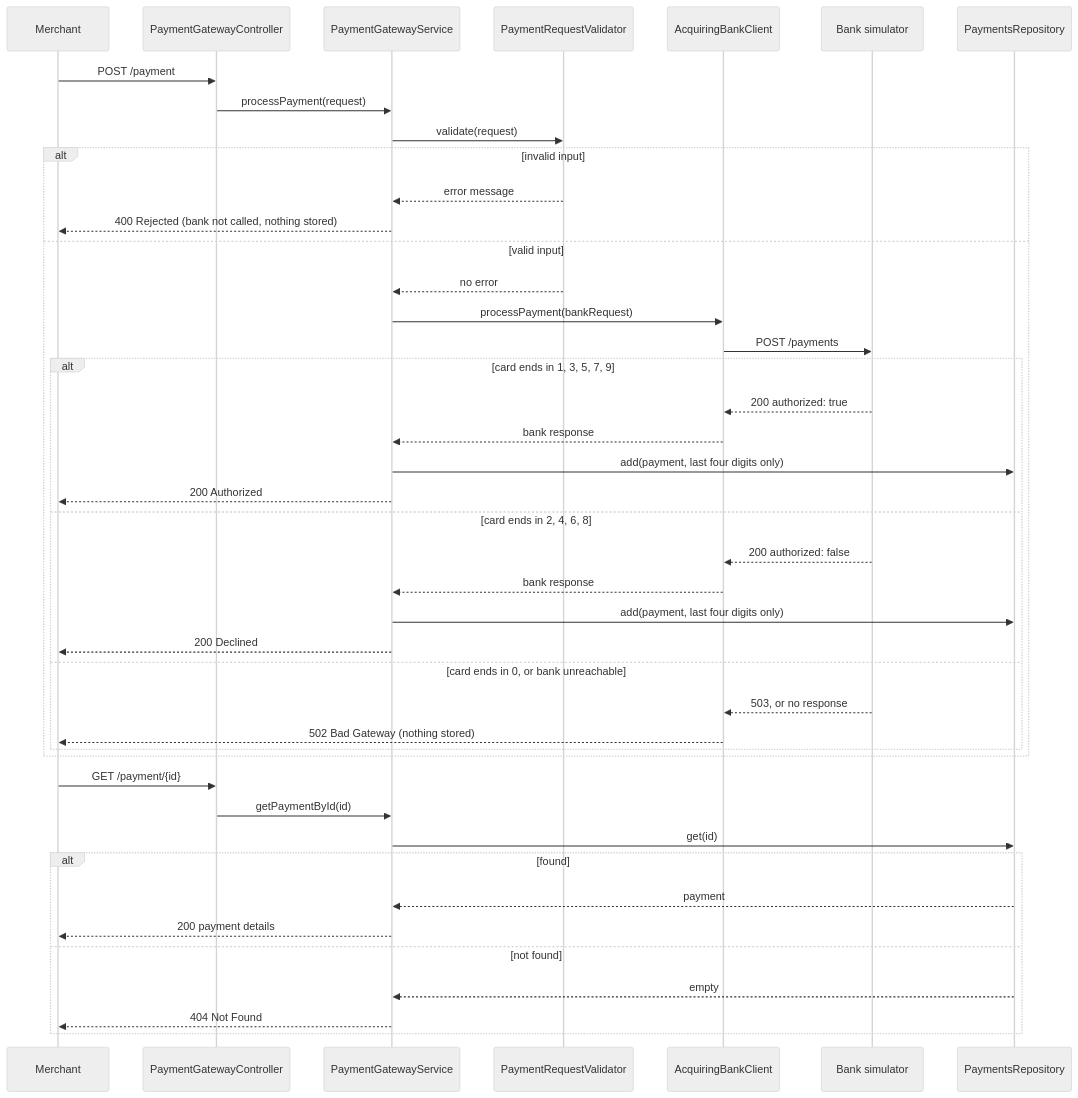
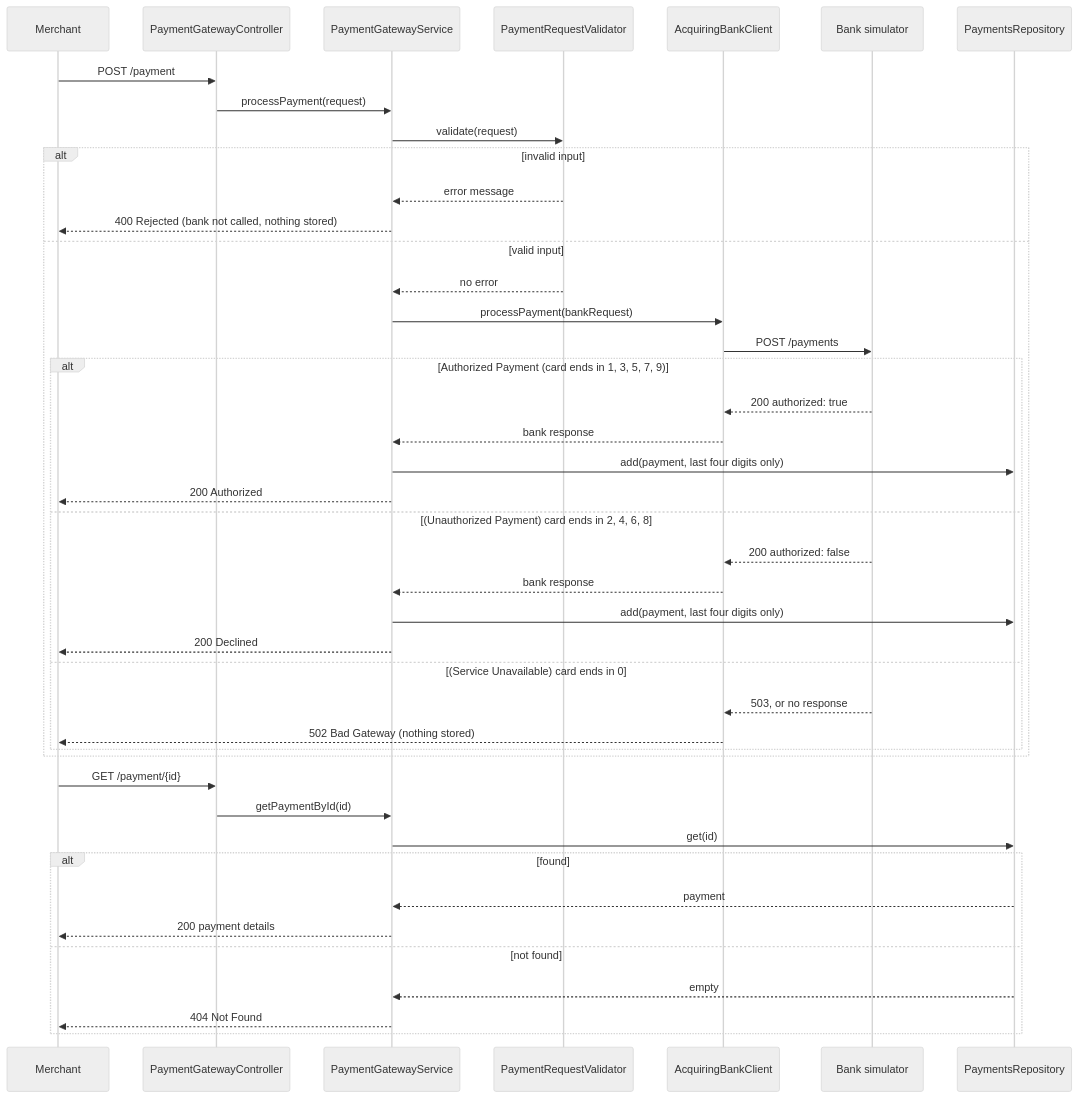
Before and after one commit to junyap95/payment-gateway-challenge: the diagram in docs/sequence-diagram.md, drawn with Mermaid (neutral theme). The commit also changed 4 other files, not shown here.

````diff
--- a/docs/sequence-diagram.md
+++ b/docs/sequence-diagram.md
@@ -1,47 +1,47 @@
 ```mermaid
 sequenceDiagram
   participant M as Merchant
   participant C as PaymentGatewayController
   participant S as PaymentGatewayService
   participant V as PaymentRequestValidator
   participant B as AcquiringBankClient
   participant Sim as Bank simulator
   participant R as PaymentsRepository
 
   M->>C: POST /payment
   C->>S: processPayment(request)
   S->>V: validate(request)
   alt invalid input
     V-->>S: error message
     S-->>M: 400 Rejected (bank not called, nothing stored)
   else valid input
     V-->>S: no error
     S->>B: processPayment(bankRequest)
     B->>Sim: POST /payments
-    alt card ends in 1, 3, 5, 7, 9
+    alt Authorized Payment (card ends in 1, 3, 5, 7, 9)
       Sim-->>B: 200 authorized: true
       B-->>S: bank response
       S->>R: add(payment, last four digits only)
       S-->>M: 200 Authorized
-    else card ends in 2, 4, 6, 8
+    else (Unauthorized Payment) card ends in 2, 4, 6, 8
       Sim-->>B: 200 authorized: false
       B-->>S: bank response
       S->>R: add(payment, last four digits only)
       S-->>M: 200 Declined
-    else card ends in 0, or bank unreachable
+    else (Service Unavailable) card ends in 0
       Sim-->>B: 503, or no response
       B-->>M: 502 Bad Gateway (nothing stored)
     end
   end
 
   M->>C: GET /payment/{id}
   C->>S: getPaymentById(id)
   S->>R: get(id)
   alt found
     R-->>S: payment
     S-->>M: 200 payment details
   else not found
     R-->>S: empty
     S-->>M: 404 Not Found
   end
 ```
````
